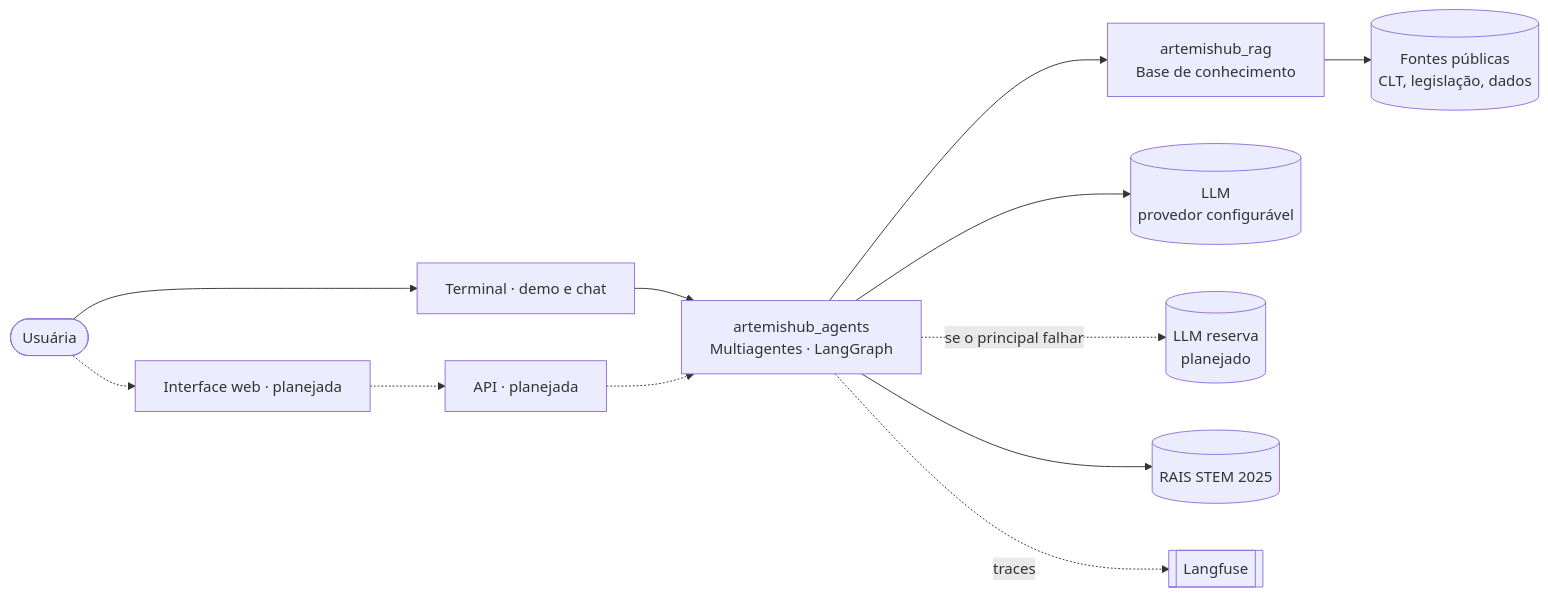
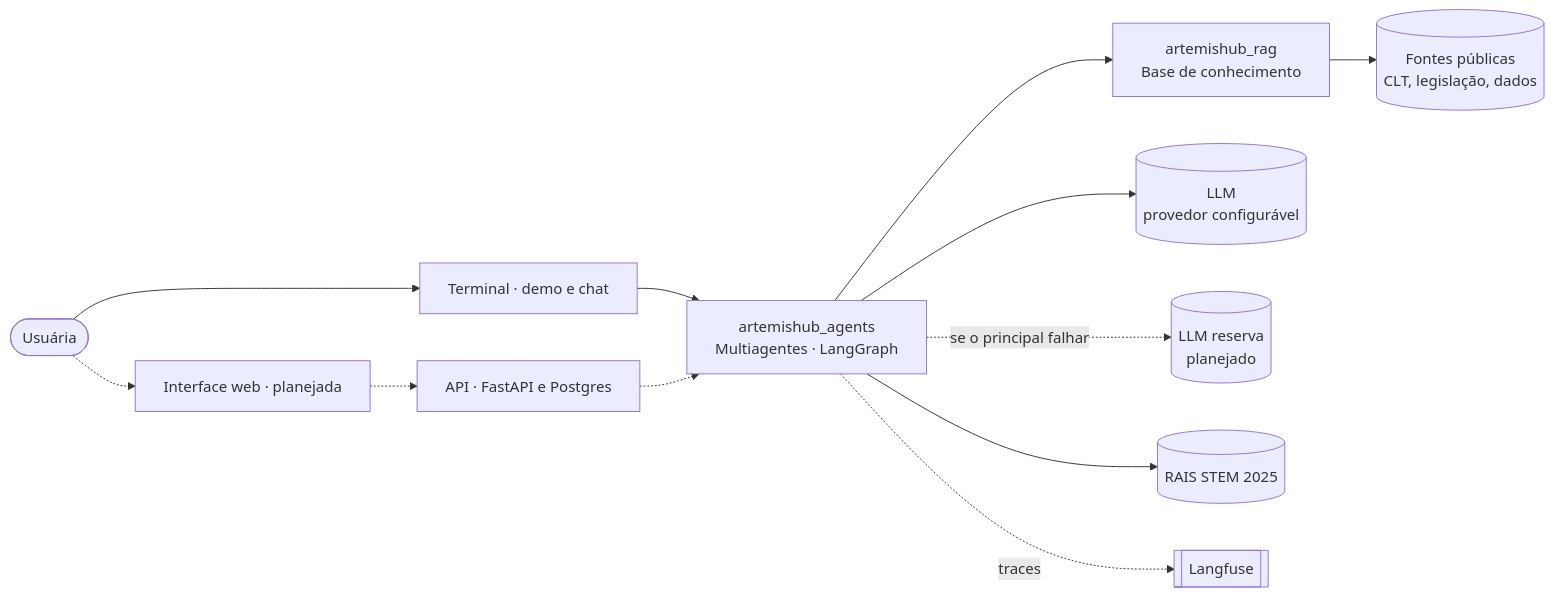
One commit to ArtemisHubApp/artemishub_docs changed the diagram in docs/arquitetura/index.md. Above: the diagram before and after it, drawn with Mermaid. The commit also changed other lines of this file and 5 other files, not shown here.

````diff
--- a/docs/arquitetura/index.md
+++ b/docs/arquitetura/index.md
@@ -14,14 +14,14 @@
 ```mermaid
 flowchart LR
     U([Usuária]) --> CLI[Terminal · demo e chat]
     CLI --> AG[artemishub_agents<br/>Multiagentes · LangGraph]
     U -.-> FE[Interface web · planejada]
-    FE -.-> BE[API · planejada]
+    FE -.-> BE[API · FastAPI e Postgres]
     BE -.-> AG
     AG --> RAG[artemishub_rag<br/>Base de conhecimento]
     AG --> LLM[(LLM<br/>provedor configurável)]
     AG -. se o principal falhar .-> RES[(LLM reserva<br/>planejado)]
     AG --> RAIS[(RAIS STEM 2025)]
     AG -. traces .-> LF[[Langfuse]]
     RAG --> SRC[(Fontes públicas<br/>CLT, legislação, dados)]
 ```
````
